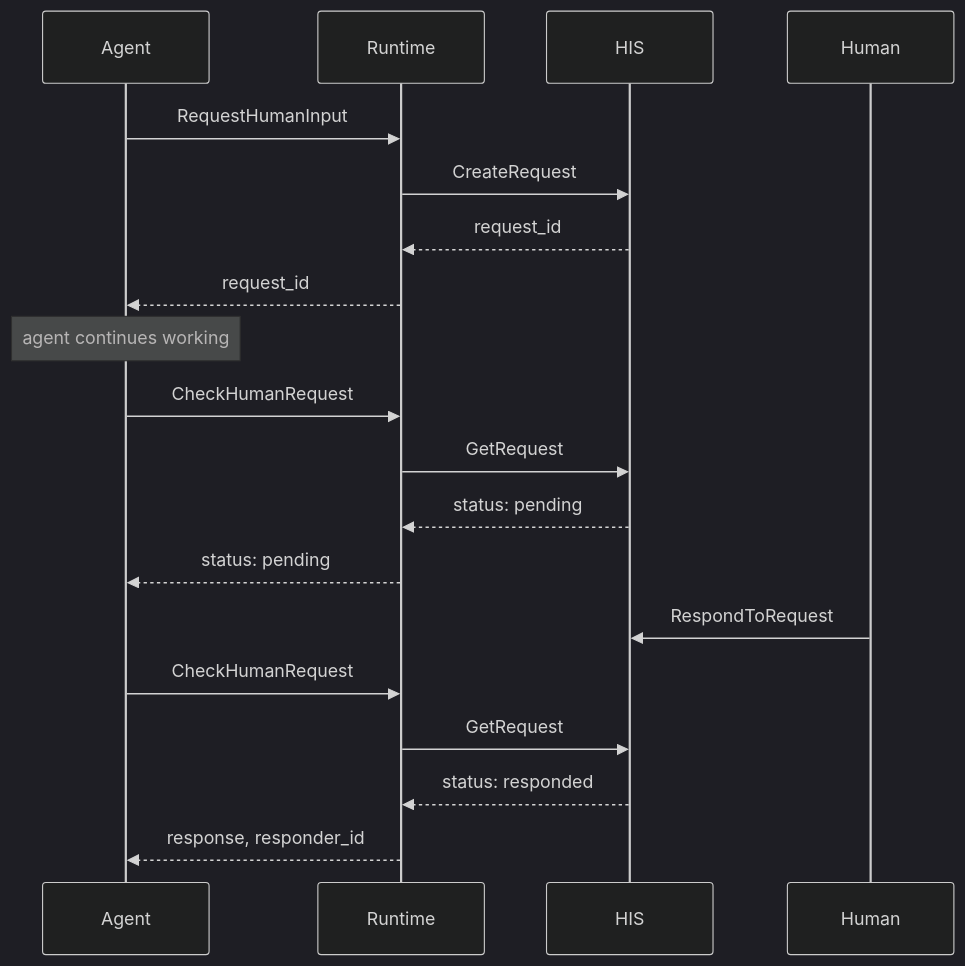
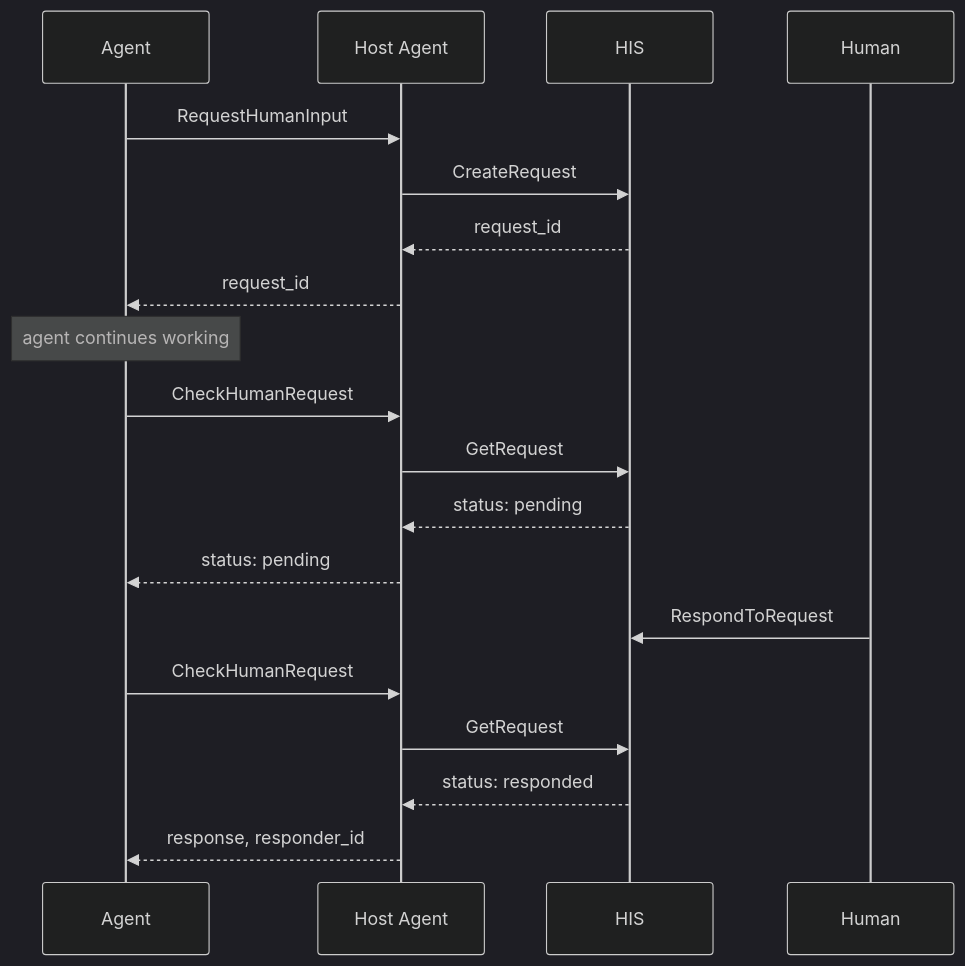
One commit to Baselyne-Systems/agent-sandbox-platform changed the third of 5 diagrams in docs/architecture.md. Above: the diagram before and after it, drawn with Mermaid (dark theme). The commit also changed other lines of this file and 21 other files, not shown here.

````diff
--- a/docs/architecture.md
+++ b/docs/architecture.md
@@ -207,25 +209,25 @@
 ```mermaid
 sequenceDiagram
     participant Agent
-    participant Runtime
+    participant HA as Host Agent
     participant HIS
 
-    Agent->>Runtime: RequestHumanInput
-    Runtime->>HIS: CreateRequest
-    HIS-->>Runtime: request_id
-    Runtime-->>Agent: request_id
+    Agent->>HA: RequestHumanInput
+    HA->>HIS: CreateRequest
+    HIS-->>HA: request_id
+    HA-->>Agent: request_id
 
     Note over Agent: agent continues working
 
-    Agent->>Runtime: CheckHumanRequest
-    Runtime->>HIS: GetRequest
-    HIS-->>Runtime: status: pending
-    Runtime-->>Agent: status: pending
+    Agent->>HA: CheckHumanRequest
+    HA->>HIS: GetRequest
+    HIS-->>HA: status: pending
+    HA-->>Agent: status: pending
 
     Human->>HIS: RespondToRequest
 
-    Agent->>Runtime: CheckHumanRequest
-    Runtime->>HIS: GetRequest
-    HIS-->>Runtime: status: responded
-    Runtime-->>Agent: response, responder_id
+    Agent->>HA: CheckHumanRequest
+    HA->>HIS: GetRequest
+    HIS-->>HA: status: responded
+    HA-->>Agent: response, responder_id
 ```
````
